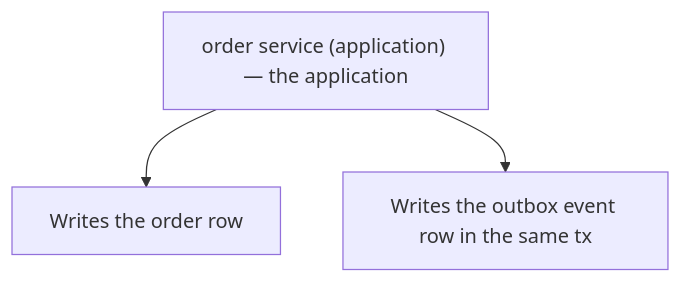
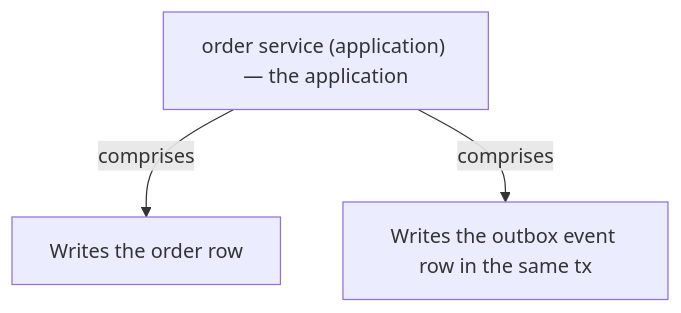
Before and after one commit to vinayakuber/microservices-io-study-guide: the fifth of 14 diagrams in docs/ch14-transactional-outbox.md, drawn with Mermaid. The commit also changed other lines of this file and 71 other files, not shown here.

First line of the commit message:
R18: label every diagram arrow with its meaning

````diff
--- a/docs/ch14-transactional-outbox.md
+++ b/docs/ch14-transactional-outbox.md
@@ -225,6 +225,6 @@
 ```mermaid
 flowchart TD
   R["order service (application) — the application"]
-  R --> P0["Writes the order row"]
-  R --> P1["Writes the outbox event row in the same tx"]
+  R -->|"comprises"| P0["Writes the order row"]
+  R -->|"comprises"| P1["Writes the outbox event row in the same tx"]
 ```
````
